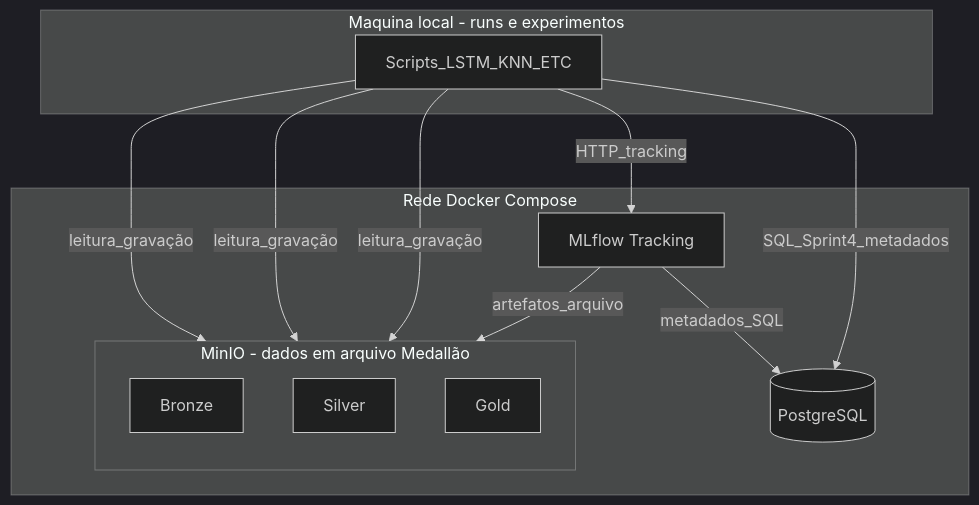
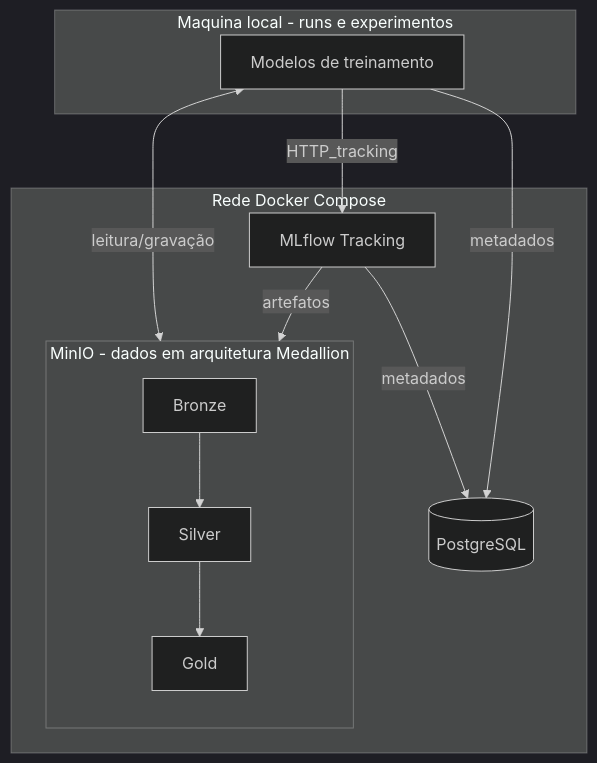
The diagram in readme.md (FabioBoemer/projeto-ia), drawn with Mermaid (dark theme) before and after one commit. The commit also changed other lines of this file, not shown here.

````diff
--- a/readme.md
+++ b/readme.md
@@ -45,23 +67,23 @@
 ```mermaid
 flowchart TB
   subgraph dev [Maquina local - runs e experimentos]
-    PY[Scripts_LSTM_KNN_ETC]
+    PY[Modelos de treinamento]
   end
   subgraph docker [Rede Docker Compose]
-    subgraph minio [MinIO - dados em arquivo Medallão]
+    subgraph minio [MinIO - dados em arquitetura Medallion]
       direction TB
       BRZ[Bronze]
       SLV[Silver]
       GLD[Gold]
     end
     PG[(PostgreSQL)]
     MLF[MLflow Tracking]
   end
-  PY -->|leitura_gravação| BRZ
-  PY -->|leitura_gravação| SLV
-  PY -->|leitura_gravação| GLD
+  BRZ --> SLV
+  SLV --> GLD
+  PY <-->|leitura/gravação| GLD
   PY -->|HTTP_tracking| MLF
-  MLF -->|metadados_SQL| PG
-  MLF -->|artefatos_arquivo| GLD
-  PY -->|SQL_Sprint4_metadados| PG
+  MLF -->|metadados| PG
+  MLF -->|artefatos| GLD
+  PY -->|metadados| PG
 ```
````
